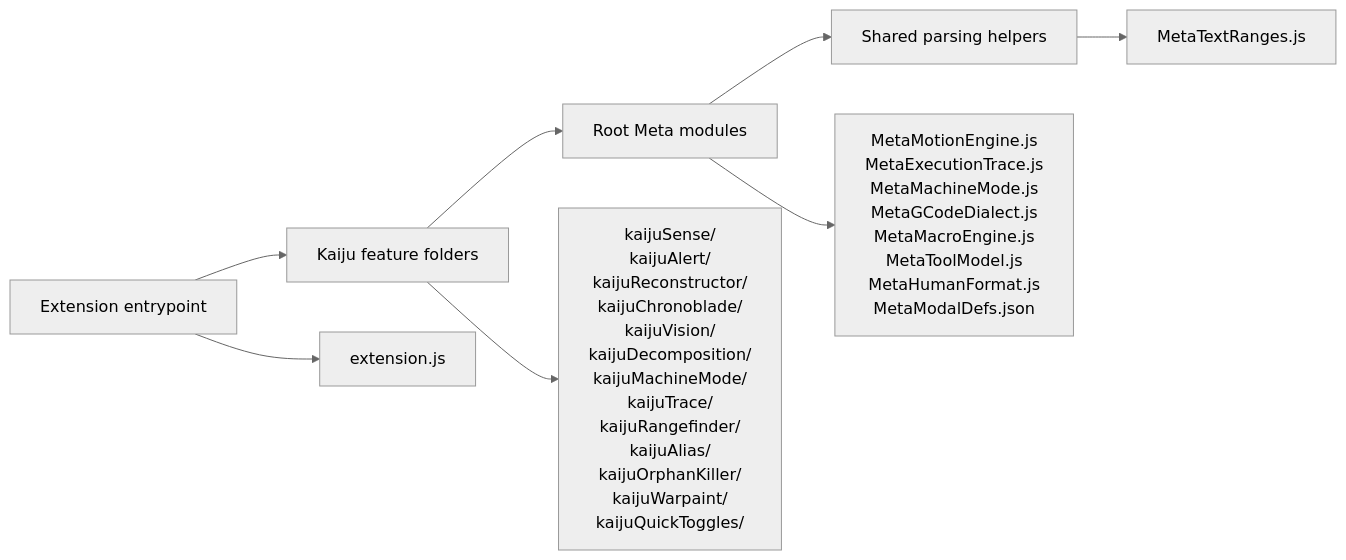
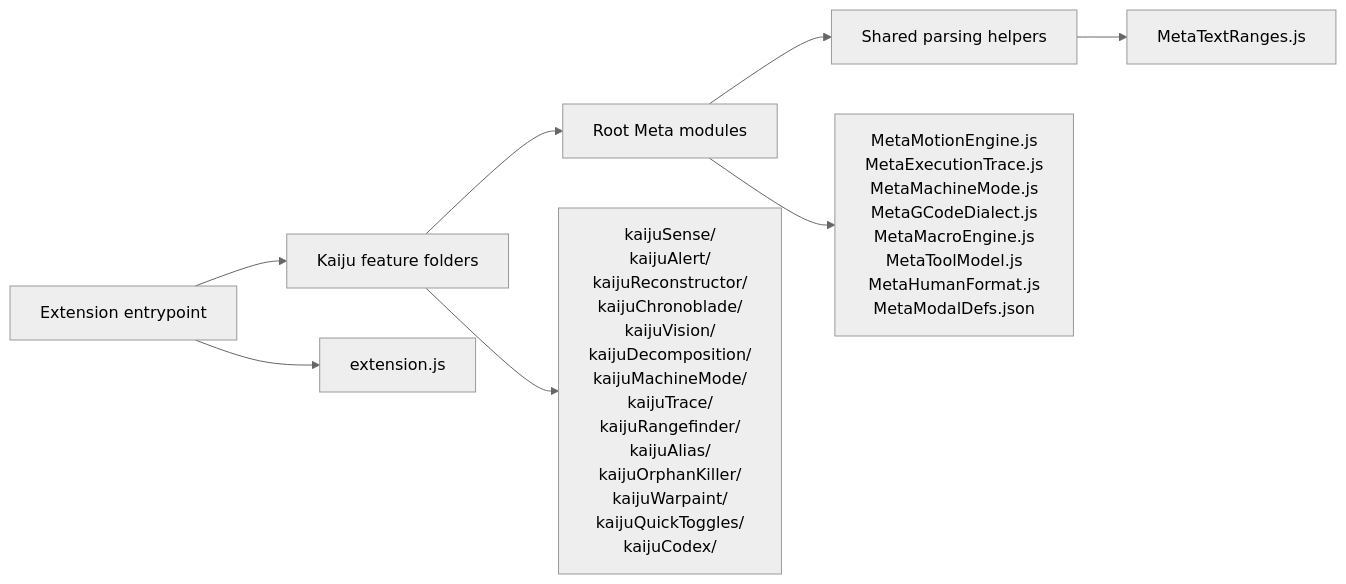
Before and after one commit to The-paulster/kaiju.nc: the second of 2 diagrams in MODULE_DEPENDENCIES.md, drawn with Mermaid (neutral theme). The commit also changed other lines of this file and 23 other files, not shown here.

Commit message:
Kaiju Codex introduced, vision bug fixes

````diff
--- a/MODULE_DEPENDENCIES.md
+++ b/MODULE_DEPENDENCIES.md
@@ -117,16 +119,16 @@
 ```mermaid
 flowchart LR
 	entry[Extension entrypoint] --> features[Kaiju feature folders]
 	features --> meta[Root Meta modules]
 	meta --> utility[Shared parsing helpers]
 
 	entryModules["extension.js"]
-	featureModules["kaijuSense/<br/>kaijuAlert/<br/>kaijuReconstructor/<br/>kaijuChronoblade/<br/>kaijuVision/<br/>kaijuDecomposition/<br/>kaijuMachineMode/<br/>kaijuTrace/<br/>kaijuRangefinder/<br/>kaijuAlias/<br/>kaijuOrphanKiller/<br/>kaijuWarpaint/<br/>kaijuQuickToggles/"]
+	featureModules["kaijuSense/<br/>kaijuAlert/<br/>kaijuReconstructor/<br/>kaijuChronoblade/<br/>kaijuVision/<br/>kaijuDecomposition/<br/>kaijuMachineMode/<br/>kaijuTrace/<br/>kaijuRangefinder/<br/>kaijuAlias/<br/>kaijuOrphanKiller/<br/>kaijuWarpaint/<br/>kaijuQuickToggles/<br/>kaijuCodex/"]
 	metaModules["MetaMotionEngine.js<br/>MetaExecutionTrace.js<br/>MetaMachineMode.js<br/>MetaGCodeDialect.js<br/>MetaMacroEngine.js<br/>MetaToolModel.js<br/>MetaHumanFormat.js<br/>MetaModalDefs.json"]
 	utilityModules["MetaTextRanges.js"]
 
 	entry --> entryModules
 	features --> featureModules
 	meta --> metaModules
 	utility --> utilityModules
 ```
````
